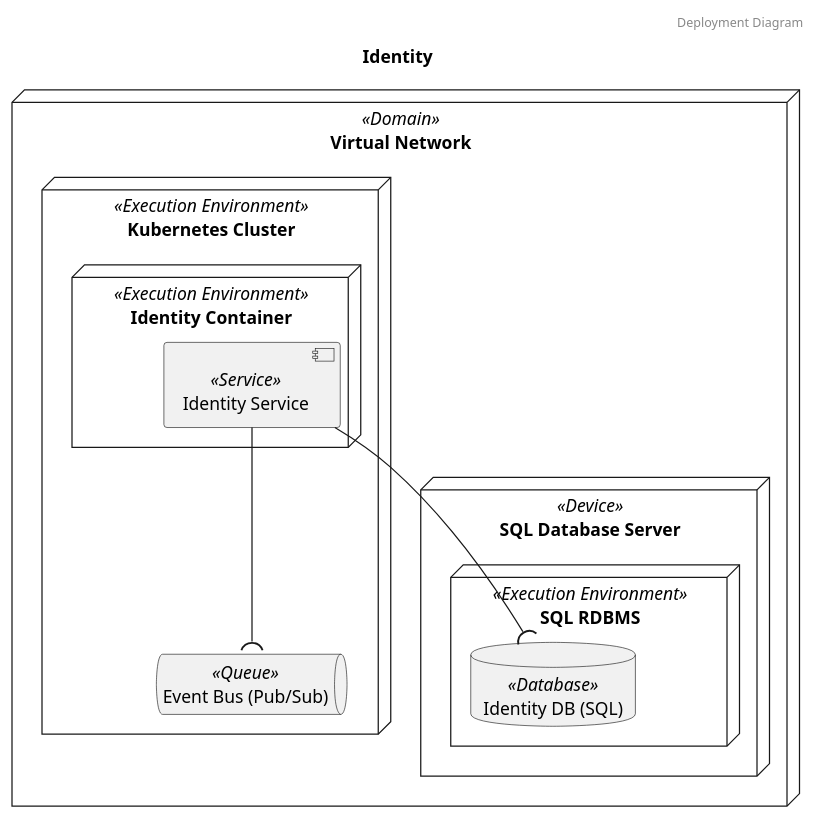
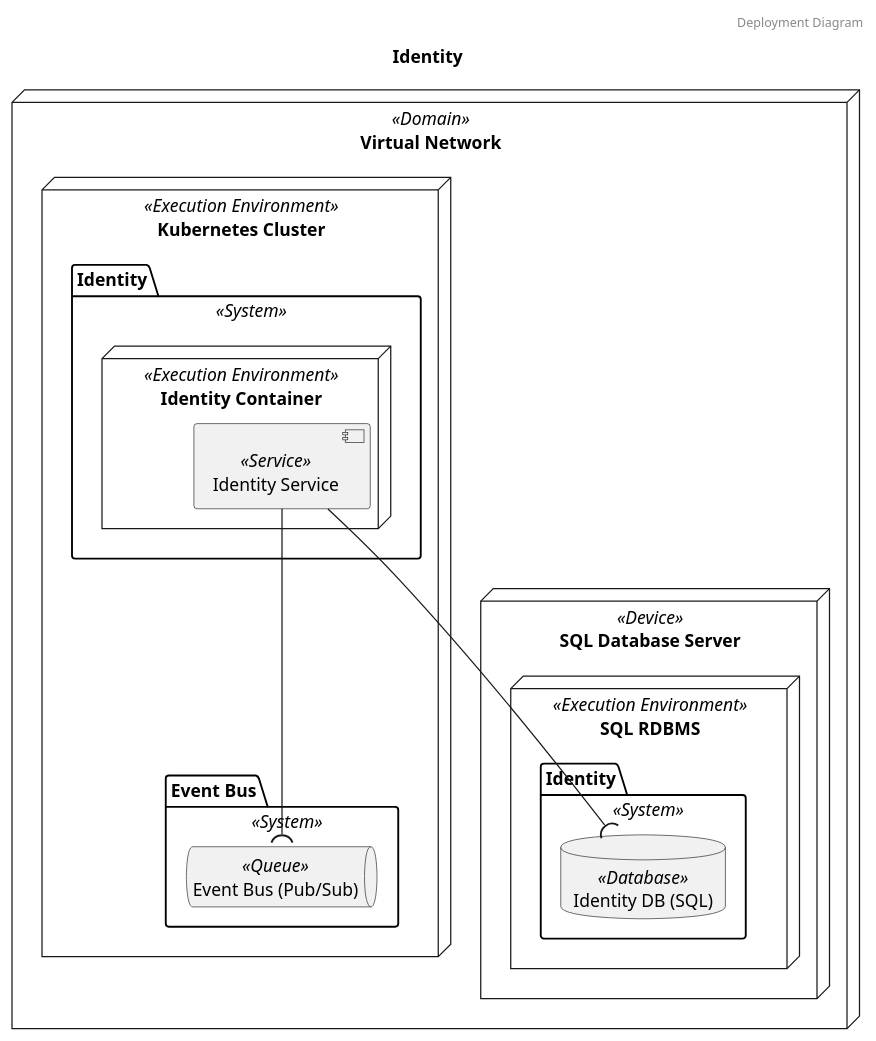
The second of 4 diagrams in diagrams/systems/Identity.puml (garrettsutula/example-trellis-project), drawn with PlantUML before and after one commit. The commit also changed other lines of this file and 13 other files, not shown here.

```diff
--- a/diagrams/systems/Identity.puml
+++ b/diagrams/systems/Identity.puml
@@ -17,20 +17,27 @@
 @startuml Deployment Diagram Identity
 header Deployment Diagram
 title Identity
 	node "Virtual Network" as Virtual_Network <<Domain>> {
 		node "Kubernetes Cluster" as Kubernetes_Cluster <<Execution Environment>> {
-			queue "Event Bus (Pub/Sub)" as Event_Bus_Pub_Sub <<Queue>>
-			node "Identity Container" as Identity_Container <<Execution Environment>> {
-				component "Identity Service" as Identity_Service <<Service>>
+			package "Event Bus" as Event_Bus_Kubernetes_Cluster_package <<System>>{
+				queue "Event Bus (Pub/Sub)" as Event_Bus_Pub_Sub <<Queue>>
+			}
+			package "Identity" as Identity_Kubernetes_Cluster_package <<System>>{
+				node "Identity Container" as Identity_Container <<Execution Environment>> {
+					component "Identity Service" as Identity_Service <<Service>>
+				}
+
 			}
 		}
 		node "SQL Database Server" as SQL_Database_Server <<Device>> {
 			node "SQL RDBMS" as SQL_RDBMS <<Execution Environment>> {
-				database "Identity DB (SQL)" as Identity_DB_SQL <<Database>>
+				package "Identity" as Identity_SQL_RDBMS_package <<System>>{
+					database "Identity DB (SQL)" as Identity_DB_SQL <<Database>>
+				}
 			}
 		}
 	}
 
 	Identity_Service -down-( Identity_DB_SQL
 	Identity_Service -down-( Event_Bus_Pub_Sub
 @enduml
```
